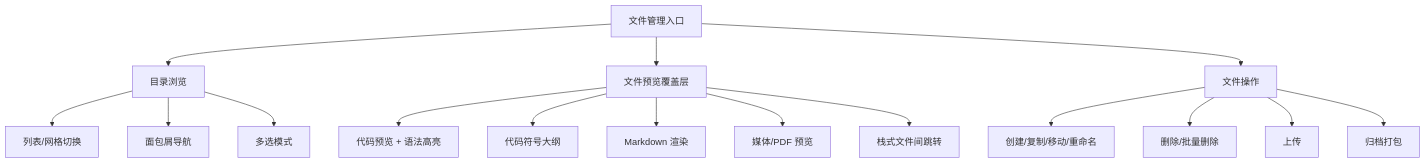
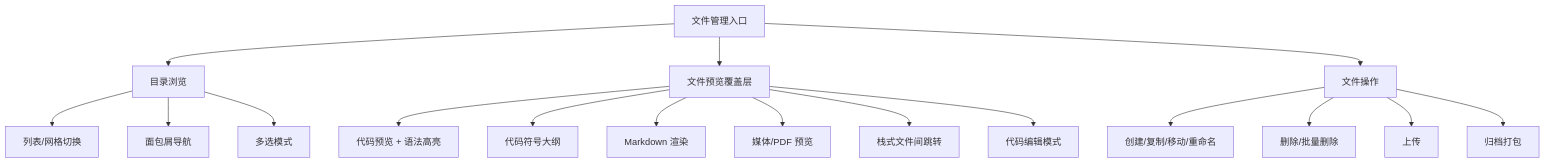
One commit to 0REZ/clawbench changed the first of 4 diagrams in docs/spec/features/file-management.md. Above: the diagram before and after it, drawn with Mermaid. The commit also changed other lines of this file and 133 other files, not shown here.

````diff
--- a/docs/spec/features/file-management.md
+++ b/docs/spec/features/file-management.md
@@ -9,21 +9,22 @@
 ```mermaid
 flowchart TD
     A[文件管理入口] --> B[目录浏览]
     A --> C[文件预览覆盖层]
     A --> D[文件操作]
 
     B --> B1[列表/网格切换]
     B --> B2[面包屑导航]
     B --> B3[多选模式]
 
     C --> C1[代码预览 + 语法高亮]
     C --> C2[代码符号大纲]
     C --> C3[Markdown 渲染]
     C --> C4[媒体/PDF 预览]
     C --> C5[栈式文件间跳转]
+    C --> C6[代码编辑模式]
 
     D --> D1[创建/复制/移动/重命名]
     D --> D2[删除/批量删除]
     D --> D3[上传]
     D --> D4[归档打包]
 ```
````
